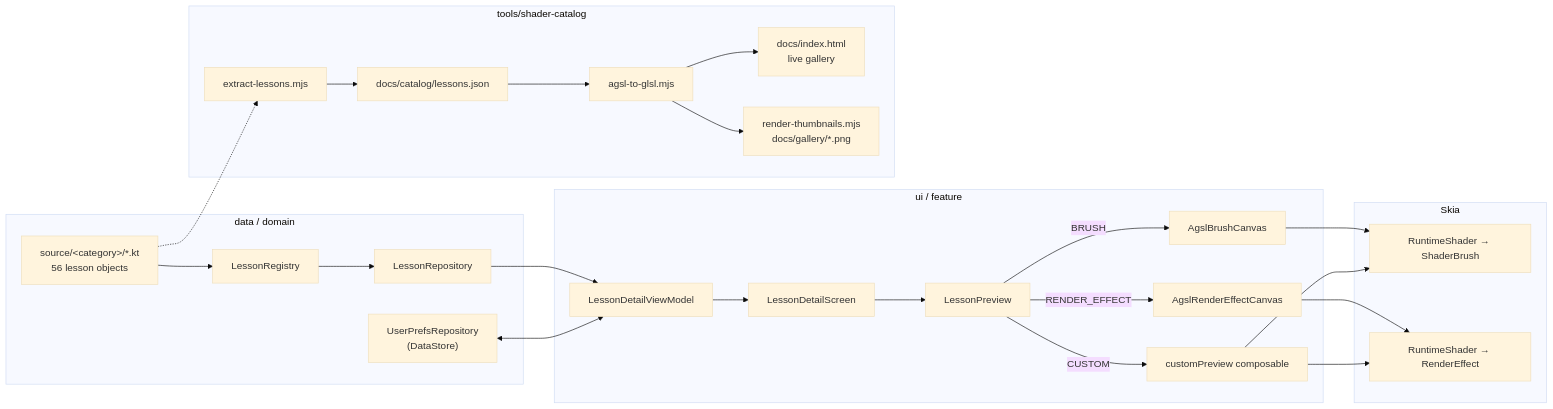
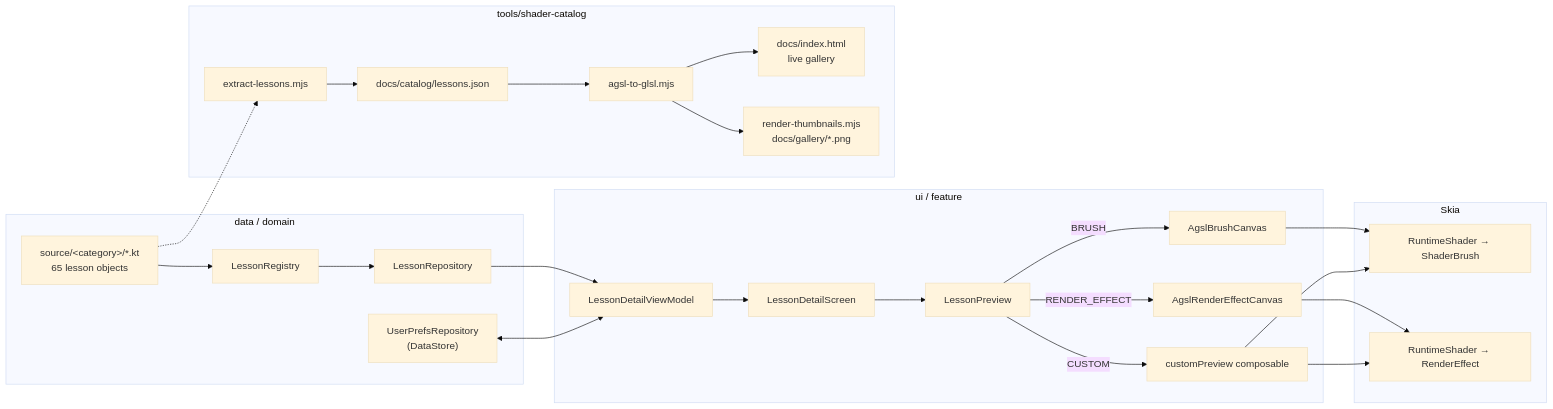
The diagram in README.md (dantech0xff/dreams), drawn with Mermaid (base theme) before and after one commit. The commit also changed other lines of this file and 41 other files, not shown here.

````diff
--- a/README.md
+++ b/README.md
@@ -272,26 +281,26 @@
 ```mermaid
 flowchart LR
     subgraph data [data / domain]
-        SRC["source/&lt;category&gt;/*.kt<br/>56 lesson objects"] --> REG[LessonRegistry] --> REPO[LessonRepository]
+        SRC["source/&lt;category&gt;/*.kt<br/>65 lesson objects"] --> REG[LessonRegistry] --> REPO[LessonRepository]
         PREFS["UserPrefsRepository<br/>(DataStore)"]
     end
     subgraph ui [ui / feature]
         REPO --> VM[LessonDetailViewModel] --> UI[LessonDetailScreen]
         PREFS <--> VM
         UI --> PREVIEW[LessonPreview]
         PREVIEW -->|BRUSH| BRUSH[AgslBrushCanvas]
         PREVIEW -->|RENDER_EFFECT| FX[AgslRenderEffectCanvas]
         PREVIEW -->|CUSTOM| CUSTOM[customPreview composable]
     end
     subgraph gpu [Skia]
         BRUSH --> RS[RuntimeShader → ShaderBrush]
         FX --> RE[RuntimeShader → RenderEffect]
         CUSTOM --> RS
         CUSTOM --> RE
     end
     subgraph tooling [tools/shader-catalog]
         SRC -.-> EXTRACT[extract-lessons.mjs] --> JSON[docs/catalog/lessons.json]
         JSON --> GLSL[agsl-to-glsl.mjs] --> SITE[docs/index.html<br/>live gallery]
         GLSL --> THUMBS[render-thumbnails.mjs<br/>docs/gallery/*.png]
     end
 ```
````
